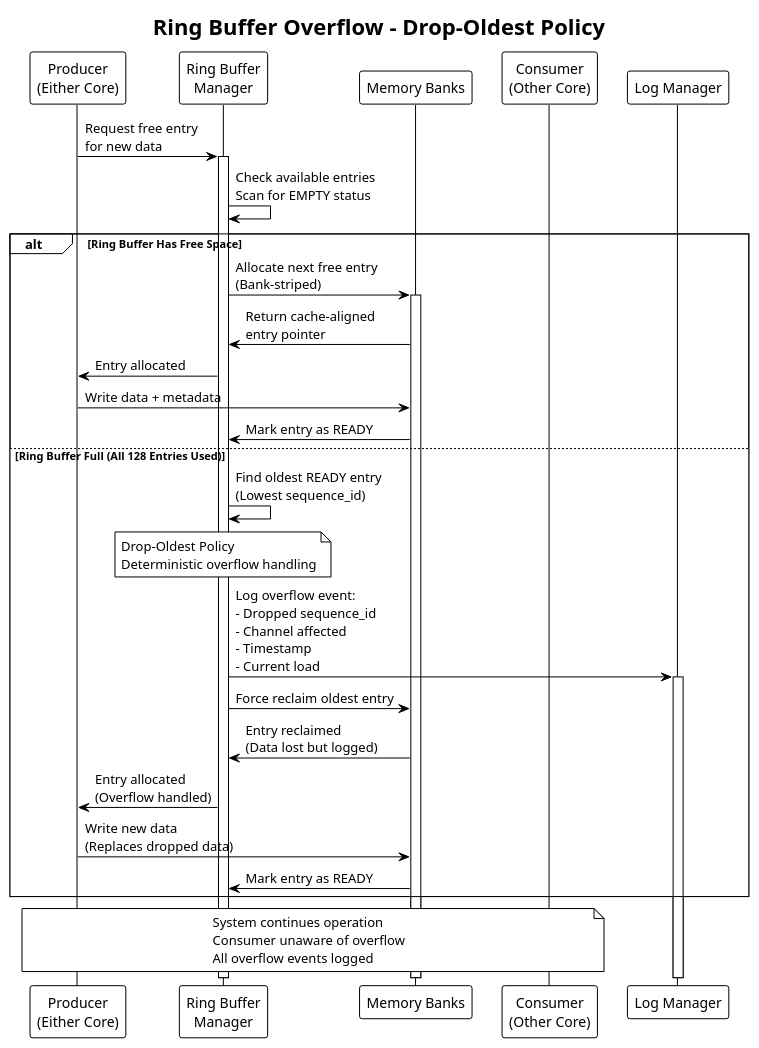
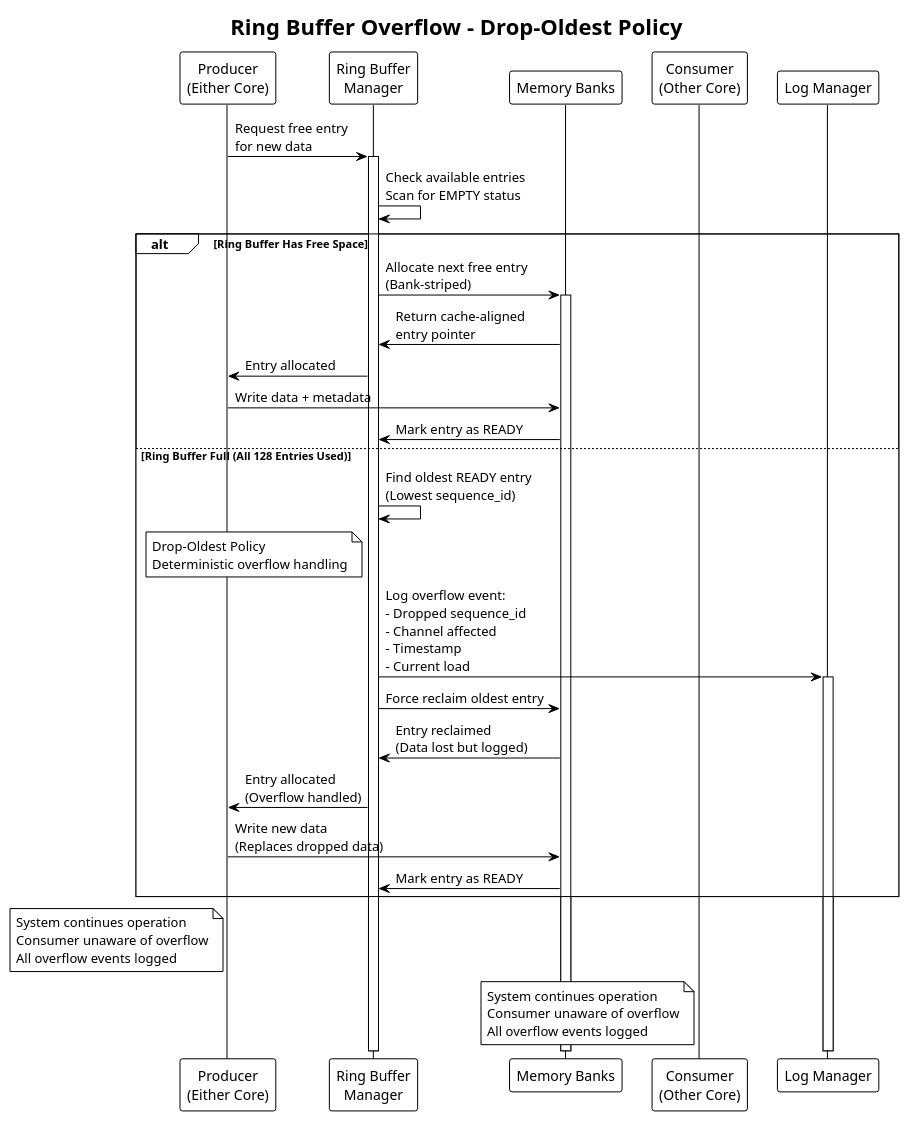
The fifth of 8 diagrams in docs/arc42/src/06_runtime_view.adoc (haxorsebb/UART2ETH), drawn with PlantUML before and after one commit. The commit also changed other lines of this file and 1 other file, not shown here.

```diff
--- a/docs/arc42/src/06_runtime_view.adoc
+++ b/docs/arc42/src/06_runtime_view.adoc
@@ -357,46 +365,47 @@
 [plantuml, ring-buffer-overflow, svg]
 ----
 @startuml
 !theme plain
 skinparam backgroundColor transparent
 
 title Ring Buffer Overflow - Drop-Oldest Policy
 
 participant "Producer\n(Either Core)" as PROD
 participant "Ring Buffer\nManager" as RBM
 participant "Memory Banks" as MEM
 participant "Consumer\n(Other Core)" as CONS
 participant "Log Manager" as LOG
 
 PROD -> RBM : Request free entry\nfor new data
 activate RBM
 
 RBM -> RBM : Check available entries\nScan for EMPTY status
 
 alt Ring Buffer Has Free Space
     RBM -> MEM : Allocate next free entry\n(Bank-striped)
     activate MEM
     MEM -> RBM : Return cache-aligned\nentry pointer
     RBM -> PROD : Entry allocated
     PROD -> MEM : Write data + metadata
     MEM -> RBM : Mark entry as READY
 else Ring Buffer Full (All 128 Entries Used)
     RBM -> RBM : Find oldest READY entry\n(Lowest sequence_id)
     
-    note over RBM : Drop-Oldest Policy\nDeterministic overflow handling
+    note left of RBM : Drop-Oldest Policy\nDeterministic overflow handling
     
     RBM -> LOG : Log overflow event:\n- Dropped sequence_id\n- Channel affected\n- Timestamp\n- Current load
     activate LOG
     
     RBM -> MEM : Force reclaim oldest entry
     MEM -> RBM : Entry reclaimed\n(Data lost but logged)
     
     RBM -> PROD : Entry allocated\n(Overflow handled)
     PROD -> MEM : Write new data\n(Replaces dropped data)
     MEM -> RBM : Mark entry as READY
 end
 
-note over PROD, CONS : System continues operation\nConsumer unaware of overflow\nAll overflow events logged
+note left of PROD : System continues operation\nConsumer unaware of overflow\nAll overflow events logged
+note left of CONS : System continues operation\nConsumer unaware of overflow\nAll overflow events logged
 
 @enduml
 ----
```
